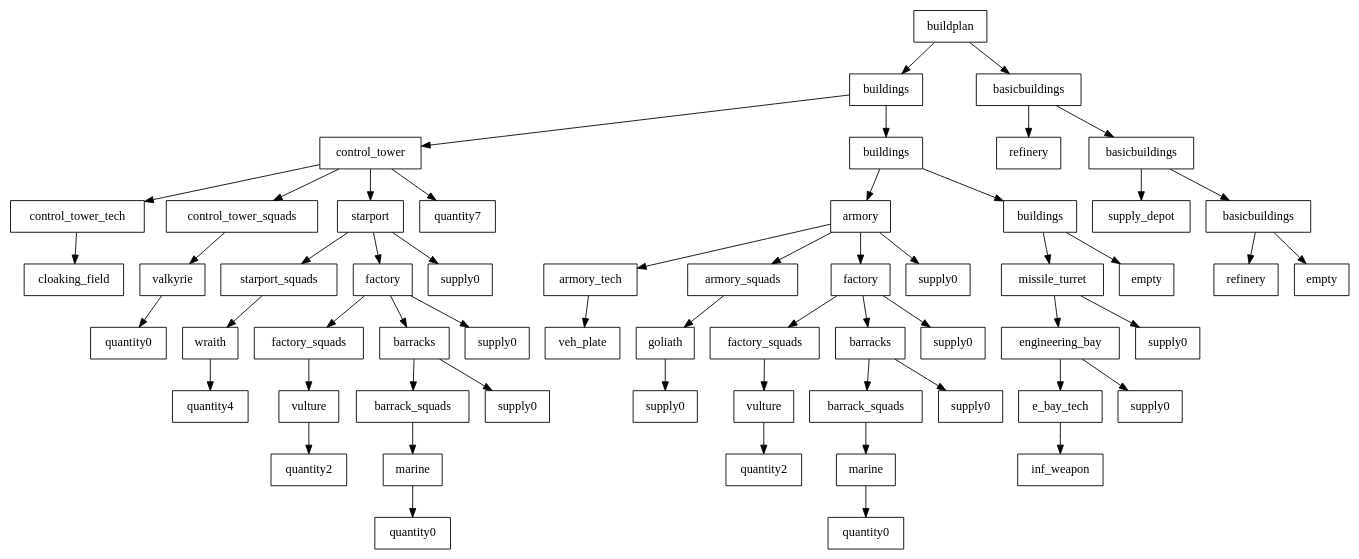
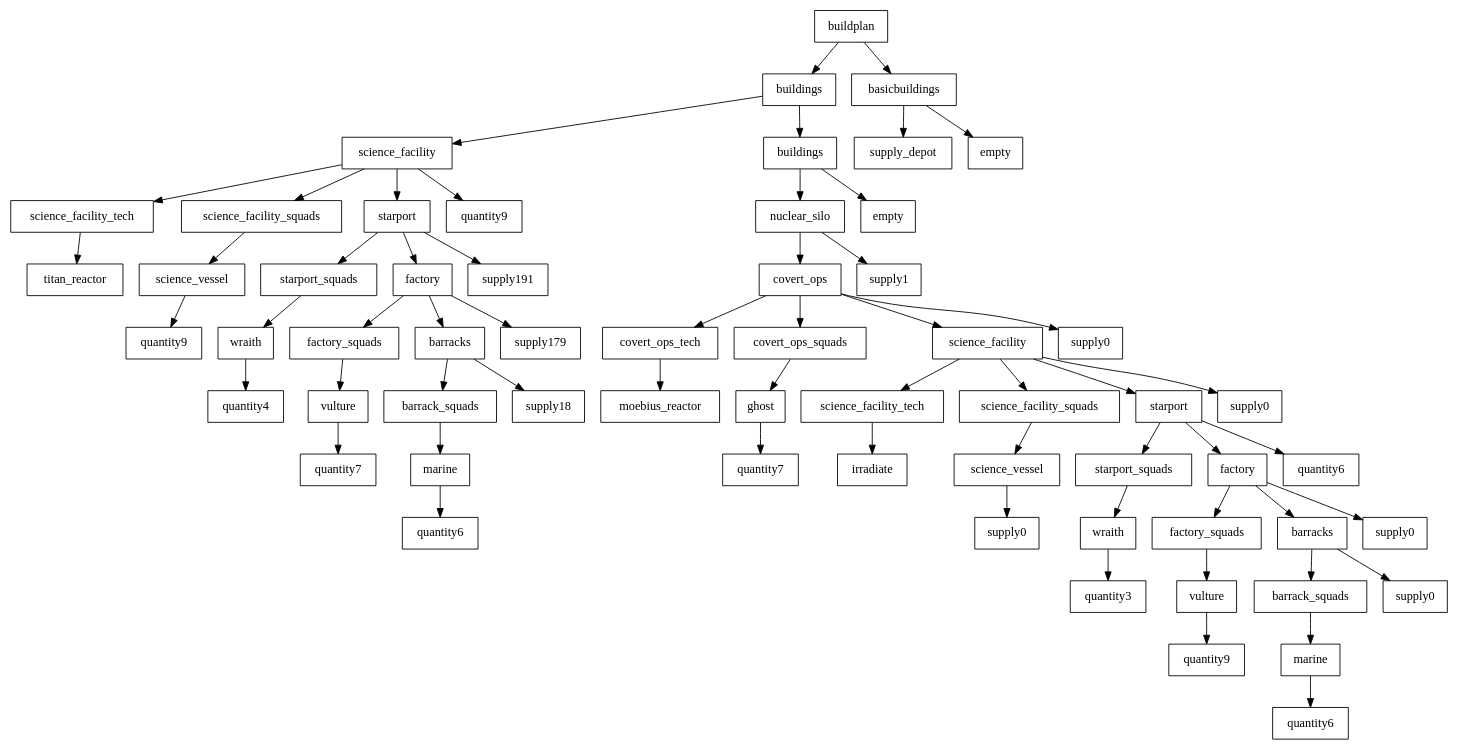
Before and after one commit to cryogenic-dreams/StarCraft-GPBot: the diagram in GPBot/file.dot, drawn with Graphviz. The commit also changed 4 other files, not shown here.

```diff
--- a/GPBot/file.dot
+++ b/GPBot/file.dot
@@ -1,117 +1,123 @@
 digraph g {
 graph [ordering=out];
 node [shape=rectangle];
 n[label = "buildplan"];
 n0[label = "buildings"];
-n00[label = "control_tower"];
-n000[label = "control_tower_tech"];
-n0000[label = "cloaking_field"];
+n00[label = "science_facility"];
+n000[label = "science_facility_tech"];
+n0000[label = "titan_reactor"];
 n000 -> n0000;
 n00 -> n000;
-n001[label = "control_tower_squads"];
-n0010[label = "valkyrie"];
-n00100[label = "quantity0"];
+n001[label = "science_facility_squads"];
+n0010[label = "science_vessel"];
+n00100[label = "quantity9"];
 n0010 -> n00100;
 n001 -> n0010;
 n00 -> n001;
 n002[label = "starport"];
 n0020[label = "starport_squads"];
 n00200[label = "wraith"];
 n002000[label = "quantity4"];
 n00200 -> n002000;
 n0020 -> n00200;
 n002 -> n0020;
 n0021[label = "factory"];
 n00210[label = "factory_squads"];
 n002100[label = "vulture"];
-n0021000[label = "quantity2"];
+n0021000[label = "quantity7"];
 n002100 -> n0021000;
 n00210 -> n002100;
 n0021 -> n00210;
 n00211[label = "barracks"];
 n002110[label = "barrack_squads"];
 n0021100[label = "marine"];
-n00211000[label = "quantity0"];
+n00211000[label = "quantity6"];
 n0021100 -> n00211000;
 n002110 -> n0021100;
 n00211 -> n002110;
-n002111[label = "supply0"];
+n002111[label = "supply18"];
 n00211 -> n002111;
 n0021 -> n00211;
-n00212[label = "supply0"];
+n00212[label = "supply179"];
 n0021 -> n00212;
 n002 -> n0021;
-n0022[label = "supply0"];
+n0022[label = "supply191"];
 n002 -> n0022;
 n00 -> n002;
-n003[label = "quantity7"];
+n003[label = "quantity9"];
 n00 -> n003;
 n0 -> n00;
 n01[label = "buildings"];
-n010[label = "armory"];
-n0100[label = "armory_tech"];
-n01000[label = "veh_plate"];
+n010[label = "nuclear_silo"];
+n0100[label = "covert_ops"];
+n01000[label = "covert_ops_tech"];
+n010000[label = "moebius_reactor"];
+n01000 -> n010000;
 n0100 -> n01000;
+n01001[label = "covert_ops_squads"];
+n010010[label = "ghost"];
+n0100100[label = "quantity7"];
+n010010 -> n0100100;
+n01001 -> n010010;
+n0100 -> n01001;
+n01002[label = "science_facility"];
+n010020[label = "science_facility_tech"];
+n0100200[label = "irradiate"];
+n010020 -> n0100200;
+n01002 -> n010020;
+n010021[label = "science_facility_squads"];
+n0100210[label = "science_vessel"];
+n01002100[label = "supply0"];
+n0100210 -> n01002100;
+n010021 -> n0100210;
+n01002 -> n010021;
+n010022[label = "starport"];
+n0100220[label = "starport_squads"];
+n01002200[label = "wraith"];
+n010022000[label = "quantity3"];
+n01002200 -> n010022000;
+n0100220 -> n01002200;
+n010022 -> n0100220;
+n0100221[label = "factory"];
+n01002210[label = "factory_squads"];
+n010022100[label = "vulture"];
+n0100221000[label = "quantity9"];
+n010022100 -> n0100221000;
+n01002210 -> n010022100;
+n0100221 -> n01002210;
+n01002211[label = "barracks"];
+n010022110[label = "barrack_squads"];
+n0100221100[label = "marine"];
+n01002211000[label = "quantity6"];
+n0100221100 -> n01002211000;
+n010022110 -> n0100221100;
+n01002211 -> n010022110;
+n010022111[label = "supply0"];
+n01002211 -> n010022111;
+n0100221 -> n01002211;
+n01002212[label = "supply0"];
+n0100221 -> n01002212;
+n010022 -> n0100221;
+n0100222[label = "quantity6"];
+n010022 -> n0100222;
+n01002 -> n010022;
+n010023[label = "supply0"];
+n01002 -> n010023;
+n0100 -> n01002;
+n01003[label = "supply0"];
+n0100 -> n01003;
 n010 -> n0100;
-n0101[label = "armory_squads"];
-n01010[label = "goliath"];
-n010100[label = "supply0"];
-n01010 -> n010100;
-n0101 -> n01010;
+n0101[label = "supply1"];
 n010 -> n0101;
-n0102[label = "factory"];
-n01020[label = "factory_squads"];
-n010200[label = "vulture"];
-n0102000[label = "quantity2"];
-n010200 -> n0102000;
-n01020 -> n010200;
-n0102 -> n01020;
-n01021[label = "barracks"];
-n010210[label = "barrack_squads"];
-n0102100[label = "marine"];
-n01021000[label = "quantity0"];
-n0102100 -> n01021000;
-n010210 -> n0102100;
-n01021 -> n010210;
-n010211[label = "supply0"];
-n01021 -> n010211;
-n0102 -> n01021;
-n01022[label = "supply0"];
-n0102 -> n01022;
-n010 -> n0102;
-n0103[label = "supply0"];
-n010 -> n0103;
 n01 -> n010;
-n011[label = "buildings"];
-n0110[label = "missile_turret"];
-n01100[label = "engineering_bay"];
-n011000[label = "e_bay_tech"];
-n0110000[label = "inf_weapon"];
-n011000 -> n0110000;
-n01100 -> n011000;
-n011001[label = "supply0"];
-n01100 -> n011001;
-n0110 -> n01100;
-n01101[label = "supply0"];
-n0110 -> n01101;
-n011 -> n0110;
-n0111[label = "empty"];
-n011 -> n0111;
+n011[label = "empty"];
 n01 -> n011;
 n0 -> n01;
 n -> n0;
 n1[label = "basicbuildings"];
-n10[label = "refinery"];
+n10[label = "supply_depot"];
 n1 -> n10;
-n11[label = "basicbuildings"];
-n110[label = "supply_depot"];
-n11 -> n110;
-n111[label = "basicbuildings"];
-n1110[label = "refinery"];
-n111 -> n1110;
-n1111[label = "empty"];
-n111 -> n1111;
-n11 -> n111;
+n11[label = "empty"];
 n1 -> n11;
 n -> n1;
 }
```
